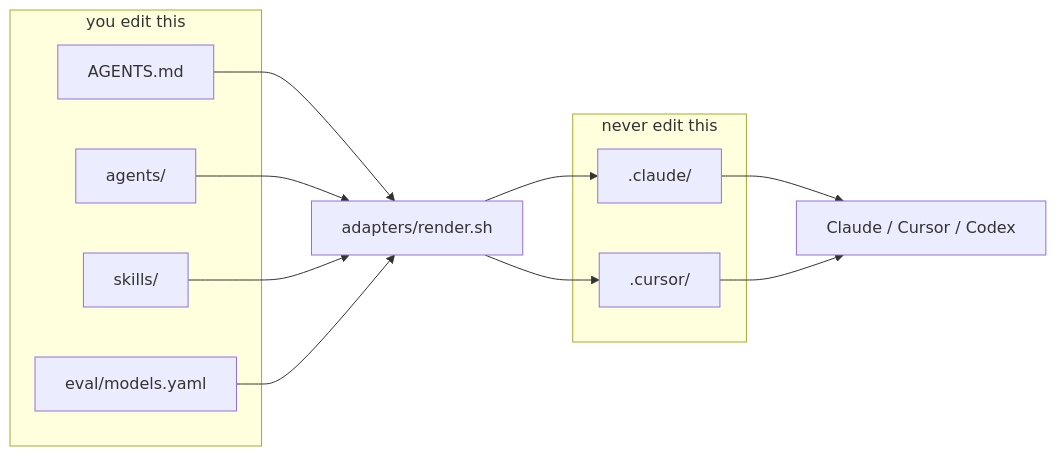
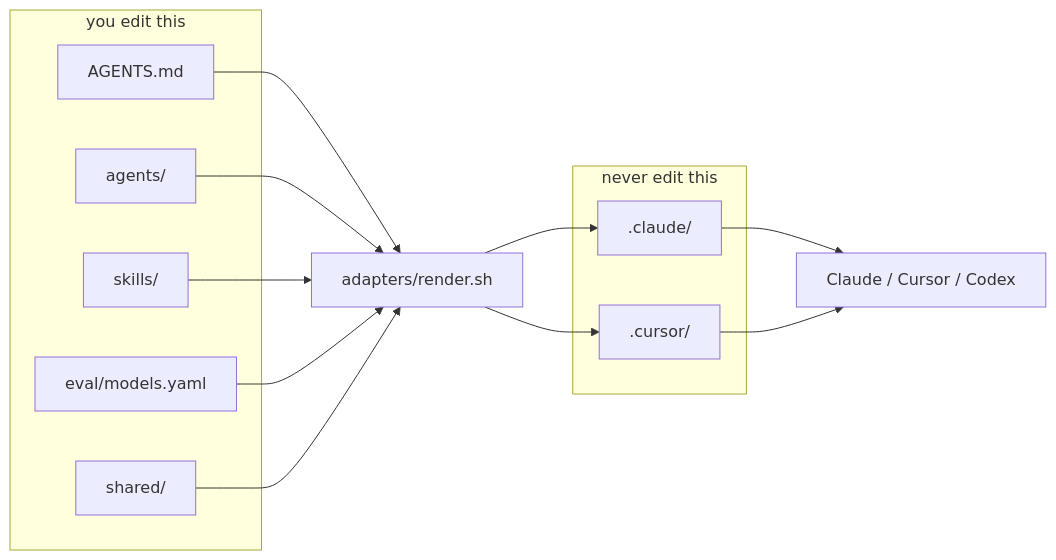
The first of 5 diagrams in README.md (lucamezzalira/harness-loop-engineering), drawn with Mermaid before and after one commit. The commit also changed other lines of this file and 3 other files, not shown here.

````diff
--- a/README.md
+++ b/README.md
@@ -48,23 +33,25 @@
 ```mermaid
 flowchart LR
   subgraph canonical ["you edit this"]
     A[AGENTS.md]
     B[agents/]
     C[skills/]
     D[eval/models.yaml]
+    S[shared/]
   end
   R[adapters/render.sh]
   subgraph generated ["never edit this"]
     E[.claude/]
     F[.cursor/]
   end
   T[Claude / Cursor / Codex]
   A --> R
   B --> R
   C --> R
   D --> R
+  S --> R
   R --> E
   R --> F
   E --> T
   F --> T
 ```
````
